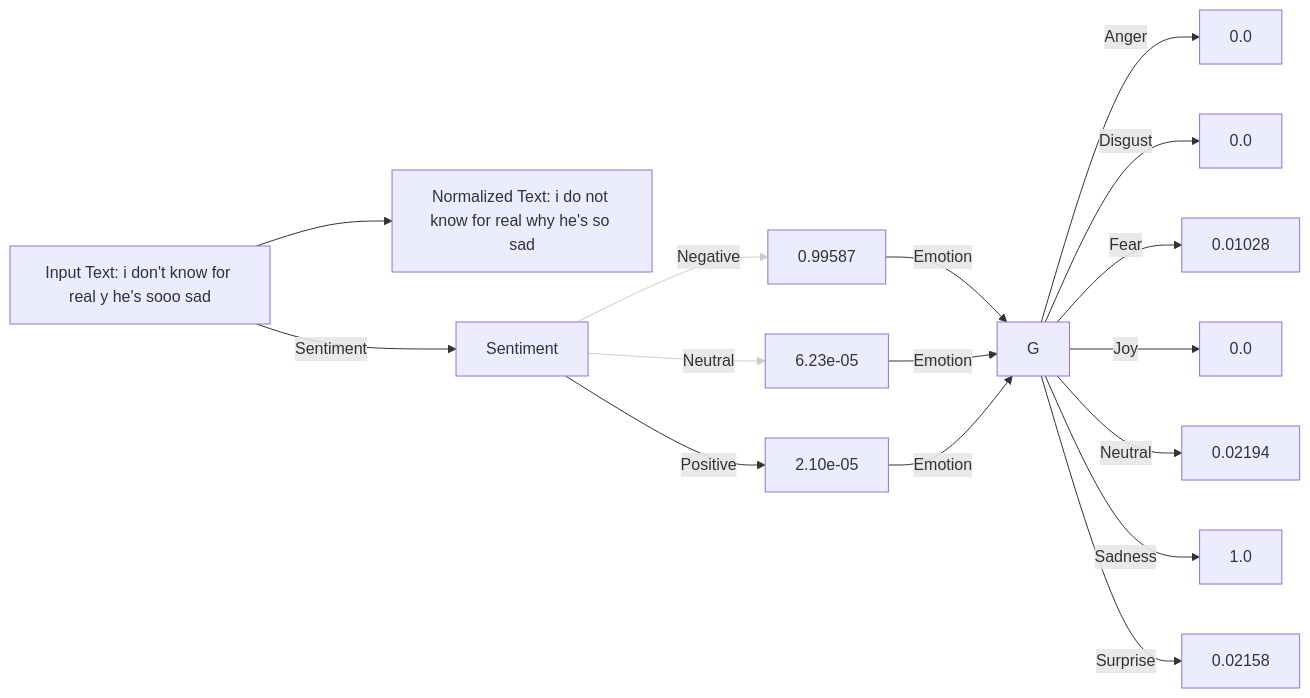
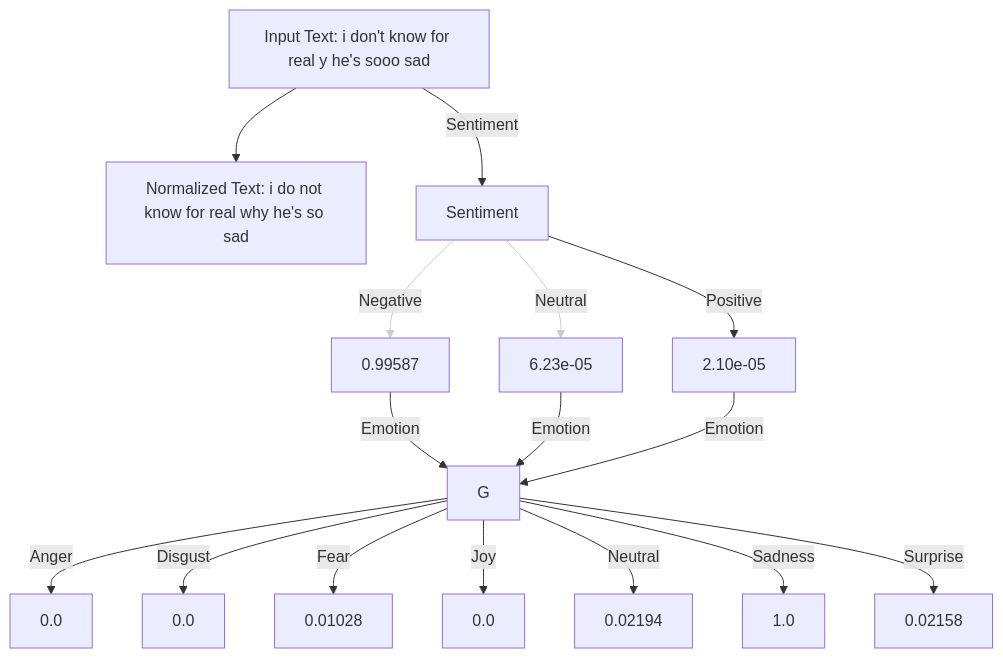
The first of 3 diagrams in README.md (ArchismanKarmakar/Tachygraphy-Microtext-Analysis-And-Normalization), drawn with Mermaid before and after one commit. The commit also changed other lines of this file, not shown here.

````diff
--- a/README.md
+++ b/README.md
@@ -71,34 +71,34 @@
 ```mermaid
-graph LR;
+graph TD;
     %% Input and normalized text nodes
     A["Input Text: i don't know for real y he's sooo sad"]
     B["Normalized Text: i do not know for real why he's so sad"]
     C["Sentiment"]
 
     A --> B
     A -->|Sentiment| C
 
     %% Sentiment value nodes (values inside the boxes)
     C -->|Negative| D["0.99587"]
     C -->|Neutral| E["6.23e-05"]
     C -->|Positive| F["2.10e-05"]
 
     %% Converge sentiment nodes to Emotion stage
     D -->|Emotion| G
     E -->|Emotion| G
     F -->|Emotion| G
 
     %% Emotion nodes: arrow labels show emotion category; node boxes show numeric values.
     G -->|Anger| H["0.0"]
     G -->|Disgust| I["0.0"]
     G -->|Fear| J["0.01028"]
     G -->|Joy| K["0.0"]
     G -->|Neutral| L["0.02194"]
     G -->|Sadness| M["1.0"]
     G -->|Surprise| N["0.02158"]
 
 %% Style the Neutral and Positive sentiment arrows with a lighter stroke.
 linkStyle 2 stroke:#cccccc, stroke-width:1px;
 linkStyle 3 stroke:#cccccc, stroke-width:1px;
 
 ```
````
